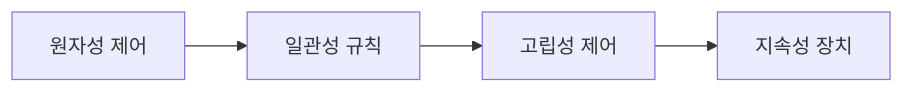
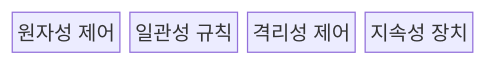
One commit to agnusdei1207/knowledge-base changed the first of 2 diagrams in src/content/docs/notes/03-software/085_transaction_acid.md. Above: the diagram before and after it, drawn with Mermaid. The commit also changed other lines of this file and 20 other files, not shown here.

````diff
--- a/src/content/docs/notes/03-software/085_transaction_acid.md
+++ b/src/content/docs/notes/03-software/085_transaction_acid.md
@@ -64,6 +61,8 @@
 ```mermaid
-flowchart LR
-    A["원자성 제어"] --> C["일관성 규칙"]
-    C --> I["고립성 제어"]
-    I --> D["지속성 장치"]
+block
+  columns 4
+  A["원자성 제어"]
+  C["일관성 규칙"]
+  I["격리성 제어"]
+  D["지속성 장치"]
 ```
````
